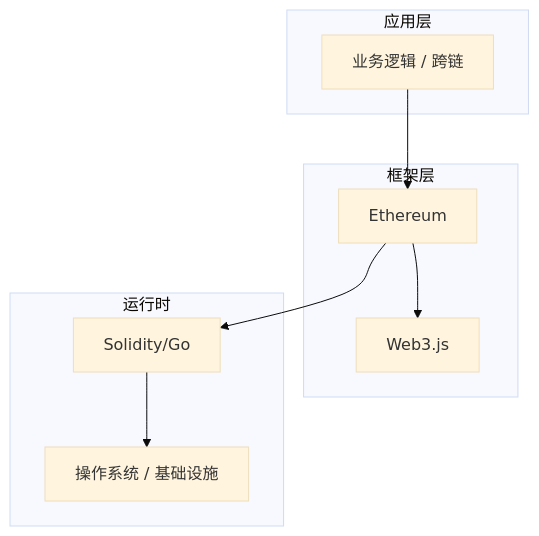
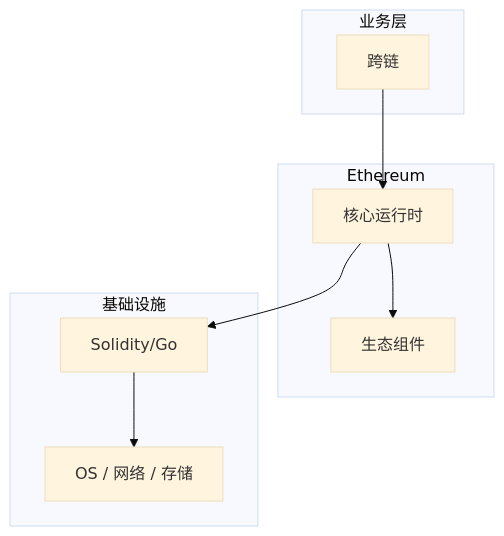
Before and after one commit to yanggan2015/knowledge-json-v2: the diagram in articles/区块链/chapters/061-跨链核心概念与原理.md, drawn with Mermaid (base theme). The commit also changed other lines of this file and 10127 other files, not shown here.

````diff
--- a/articles/区块链/chapters/061-跨链核心概念与原理.md
+++ b/articles/区块链/chapters/061-跨链核心概念与原理.md
@@ -45,18 +30,18 @@
 ```mermaid
 graph TB
-    subgraph 应用层
-        A[业务逻辑 / 跨链]
+    subgraph 业务层
+        A[跨链]
     end
-    subgraph 框架层
-        B[Ethereum]
-        C[Web3.js]
+    subgraph Ethereum
+        B[核心运行时]
+        C[生态组件]
     end
-    subgraph 运行时
+    subgraph 基础设施
         D[Solidity/Go]
-        E[操作系统 / 基础设施]
+        E[OS / 网络 / 存储]
     end
     A --> B
     B --> C
     B --> D
     D --> E
 ```
````
